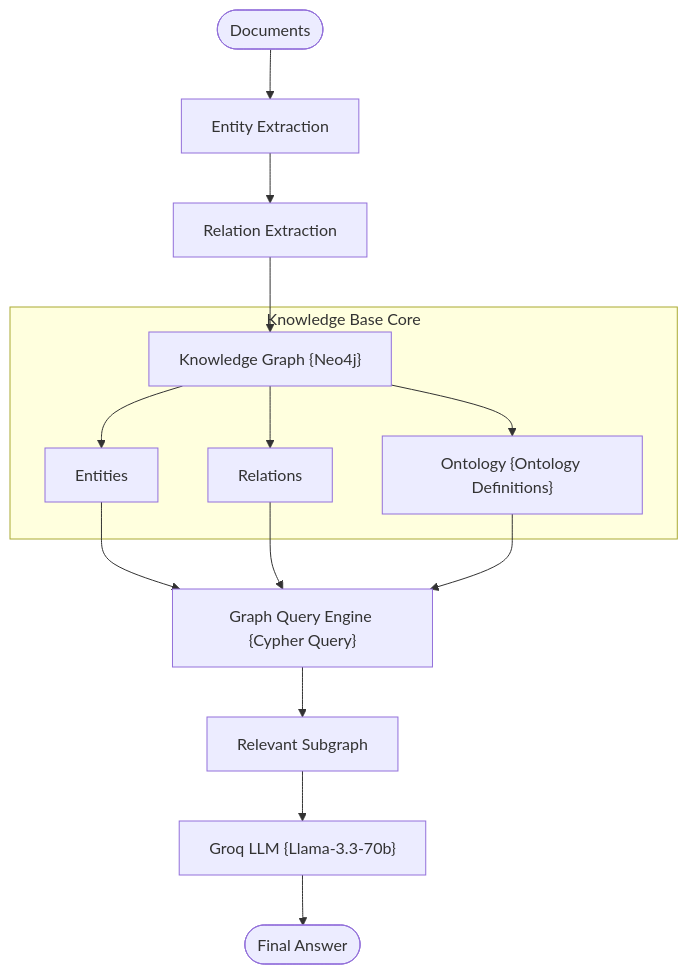
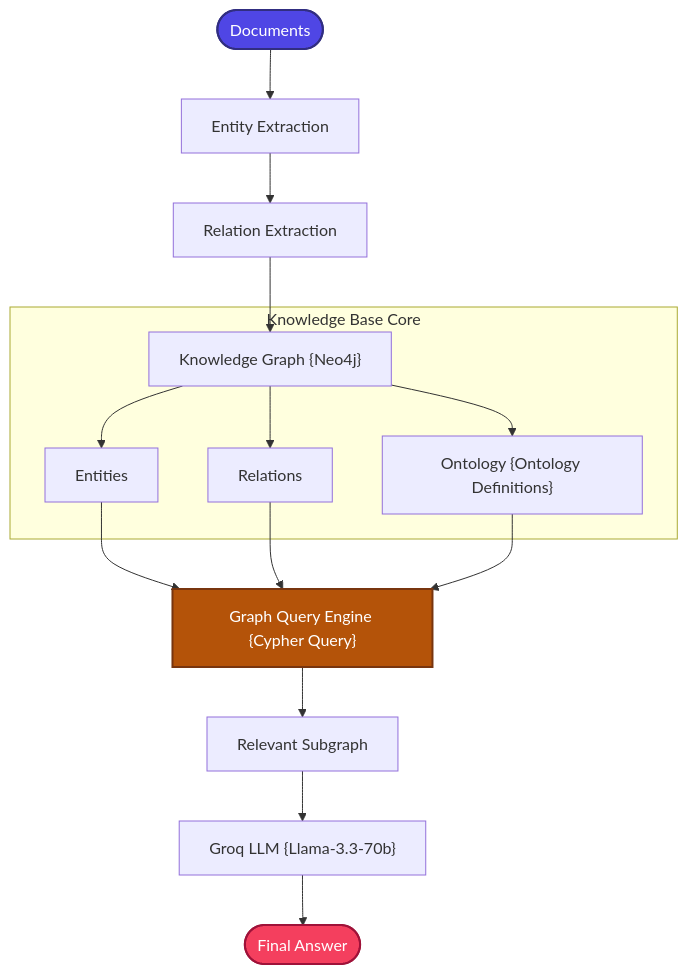
One commit to mohd-faizy/RAG-Design-Patterns changed the diagram in 11_KG_RAG/README.md. Above: the diagram before and after it, drawn with Mermaid. The commit also changed 18 other files, not shown here.

````diff
--- a/11_KG_RAG/README.md
+++ b/11_KG_RAG/README.md
@@ -29,20 +29,24 @@
 ```mermaid
 graph TD
     Docs([Documents]) --> EntityExt["Entity Extraction"]
     EntityExt --> RelationExt["Relation Extraction"]
     RelationExt --> KG["Knowledge Graph {Neo4j}"]
     
     subgraph Knowledge Base Core
         KG --> Entities["Entities"]
         KG --> Relations["Relations"]
         KG --> Ontology["Ontology {Ontology Definitions}"]
     end
     
     Entities --> QueryEngine["Graph Query Engine {Cypher Query}"]
     Relations --> QueryEngine
     Ontology --> QueryEngine
     
     QueryEngine --> Subgraph["Relevant Subgraph"]
     Subgraph --> Groq["Groq LLM {Llama-3.3-70b}"]
     Groq --> Final([Final Answer])
+
+    style Docs fill:#4F46E5,stroke:#312E81,stroke-width:2px,color:#fff
+    style Final fill:#F43F5E,stroke:#9F1239,stroke-width:2px,color:#fff
+    style QueryEngine fill:#B45309,stroke:#78350F,stroke-width:2px,color:#fff
 ```
````
